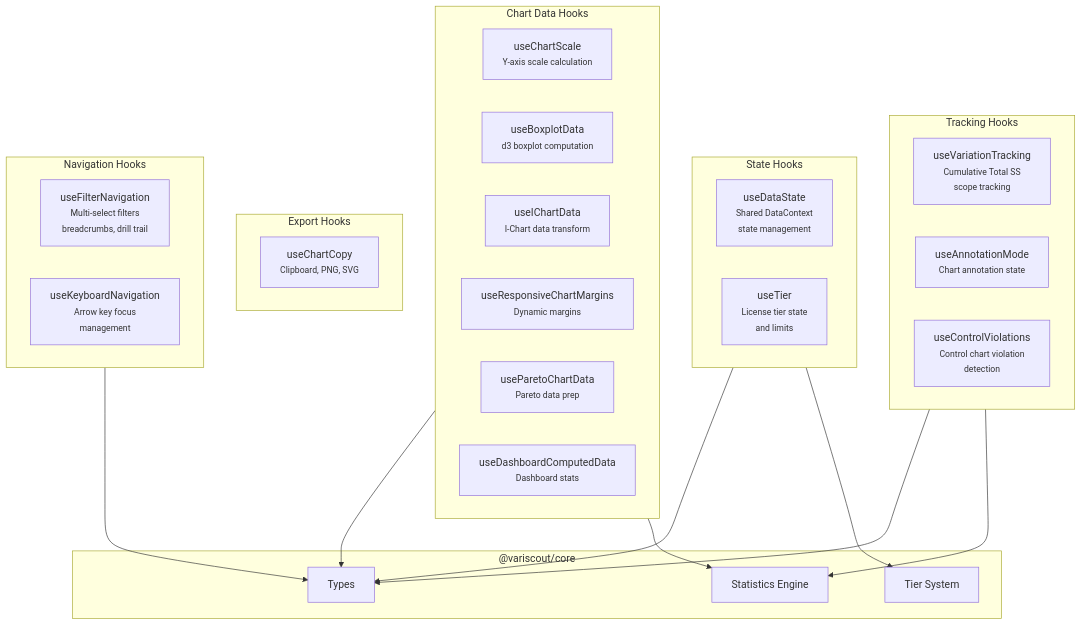
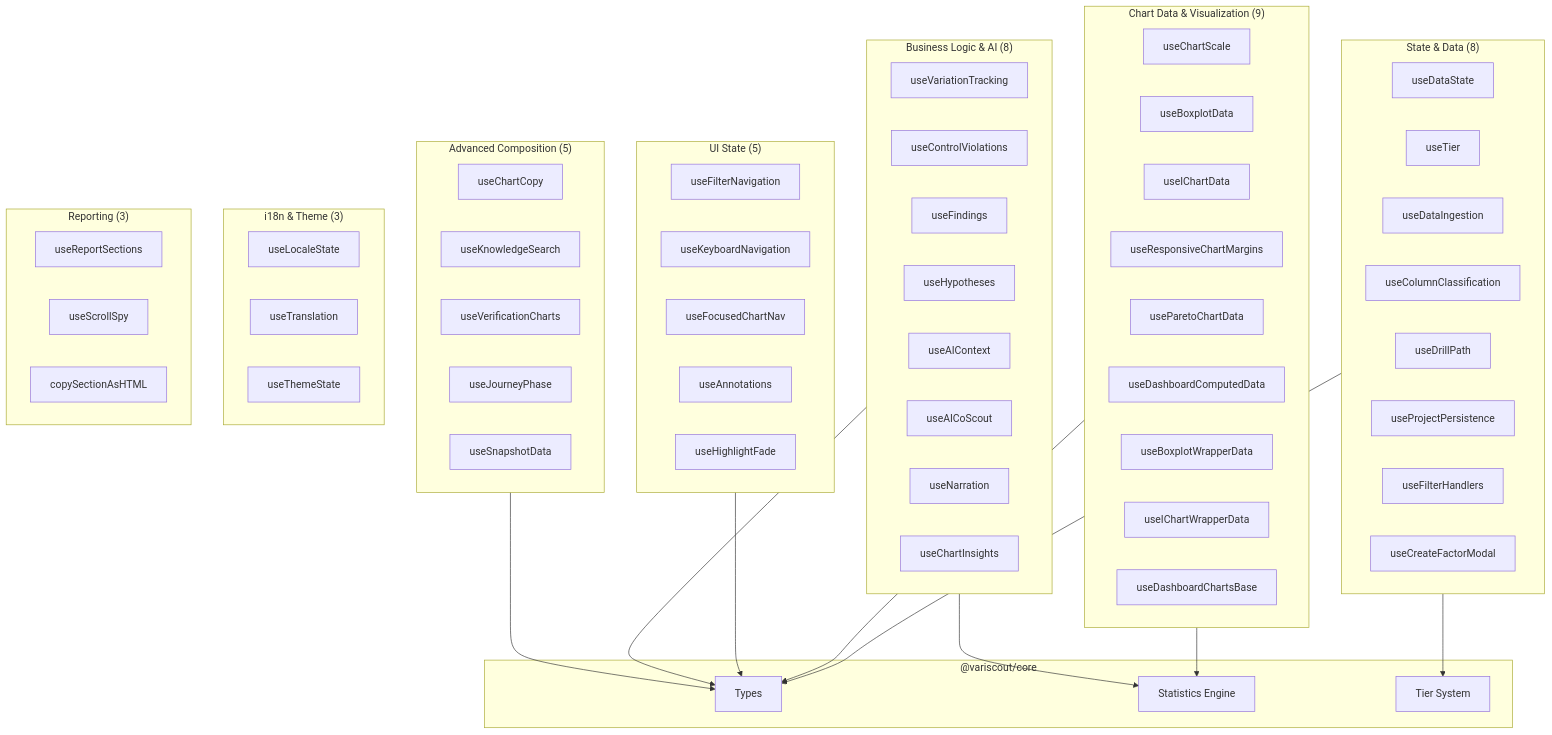
Before and after one commit to jukka-matti/variscout: the fourth of 8 diagrams in docs/05-technical/architecture/component-map.md, drawn with Mermaid. The commit also changed other lines of this file and 9 other files, not shown here.

First line of the commit message:
docs: fix 18 stale diagram references across 10 doc files

````diff
--- a/docs/05-technical/architecture/component-map.md
+++ b/docs/05-technical/architecture/component-map.md
@@ -163,45 +166,79 @@
 ```mermaid
 flowchart TB
-    subgraph state["State Hooks"]
-        datastate["useDataState<br/><small>Shared DataContext<br/>state management</small>"]
-        usetier["useTier<br/><small>License tier state<br/>and limits</small>"]
+    subgraph state["State & Data (8)"]
+        datastate["useDataState"]
+        usetier["useTier"]
+        dataingestion["useDataIngestion"]
+        columnclass["useColumnClassification"]
+        drillpath["useDrillPath"]
+        projpersist["useProjectPersistence"]
+        filterhandlers["useFilterHandlers"]
+        createfactormodal["useCreateFactorModal"]
     end
 
-    subgraph navigation["Navigation Hooks"]
-        filternav["useFilterNavigation<br/><small>Multi-select filters<br/>breadcrumbs, drill trail</small>"]
-        keyboard["useKeyboardNavigation<br/><small>Arrow key focus<br/>management</small>"]
+    subgraph chartdata["Chart Data & Visualization (9)"]
+        chartscale["useChartScale"]
+        boxplotdata["useBoxplotData"]
+        ichartdata["useIChartData"]
+        margins["useResponsiveChartMargins"]
+        paretodata["useParetoChartData"]
+        dashdata["useDashboardComputedData"]
+        boxplotwrap["useBoxplotWrapperData"]
+        ichartwrap["useIChartWrapperData"]
+        dashcharts["useDashboardChartsBase"]
     end
 
-    subgraph chartdata["Chart Data Hooks"]
-        chartscale["useChartScale<br/><small>Y-axis scale calculation</small>"]
-        boxplotdata["useBoxplotData<br/><small>d3 boxplot computation</small>"]
-        ichartdata["useIChartData<br/><small>I-Chart data transform</small>"]
-        margins["useResponsiveChartMargins<br/><small>Dynamic margins</small>"]
-        paretodata["useParetoChartData<br/><small>Pareto data prep</small>"]
-        dashdata["useDashboardComputedData<br/><small>Dashboard stats</small>"]
+    subgraph uistate["UI State (5)"]
+        filternav["useFilterNavigation"]
+        keyboard["useKeyboardNavigation"]
+        focusednav["useFocusedChartNav"]
+        annotations["useAnnotations"]
+        highlightfade["useHighlightFade"]
     end
 
-    subgraph exporthooks["Export Hooks"]
-        chartcopy["useChartCopy<br/><small>Clipboard, PNG, SVG</small>"]
+    subgraph business["Business Logic & AI (8)"]
+        vartrack["useVariationTracking"]
+        violations["useControlViolations"]
+        findings["useFindings"]
+        hypotheses["useHypotheses"]
+        aicontext["useAIContext"]
+        aicoscout["useAICoScout"]
+        narration["useNarration"]
+        chartinsights["useChartInsights"]
     end
 
-    subgraph tracking["Tracking Hooks"]
-        vartrack["useVariationTracking<br/><small>Cumulative Total SS<br/>scope tracking</small>"]
-        annotation["useAnnotationMode<br/><small>Chart annotation state</small>"]
-        violations["useControlViolations<br/><small>Control chart violation<br/>detection</small>"]
+    subgraph composition["Advanced Composition (5)"]
+        chartcopy["useChartCopy"]
+        knowledgesearch["useKnowledgeSearch"]
+        verifycharts["useVerificationCharts"]
+        journeyphase["useJourneyPhase"]
+        snapshotdata["useSnapshotData"]
+    end
+
+    subgraph i18ntheme["i18n & Theme (3)"]
+        localestate["useLocaleState"]
+        translation["useTranslation"]
+        themestate["useThemeState"]
+    end
+
+    subgraph reporting["Reporting (3)"]
+        reportsections["useReportSections"]
+        scrollspy["useScrollSpy"]
+        copysection["copySectionAsHTML"]
     end
 
     subgraph deps["@variscout/core"]
         core_types["Types"]
         core_stats["Statistics Engine"]
         core_tier["Tier System"]
     end
 
     state --> core_types
     state --> core_tier
-    navigation --> core_types
     chartdata --> core_types
     chartdata --> core_stats
-    tracking --> core_types
-    tracking --> core_stats
+    uistate --> core_types
+    business --> core_types
+    business --> core_stats
+    composition --> core_types
 ```
````
